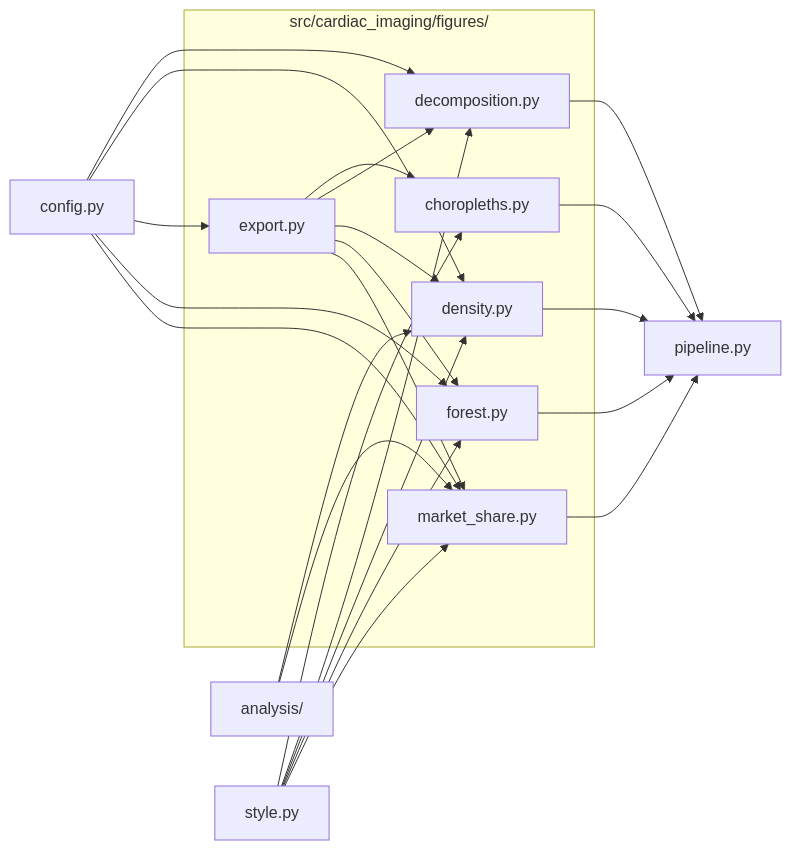
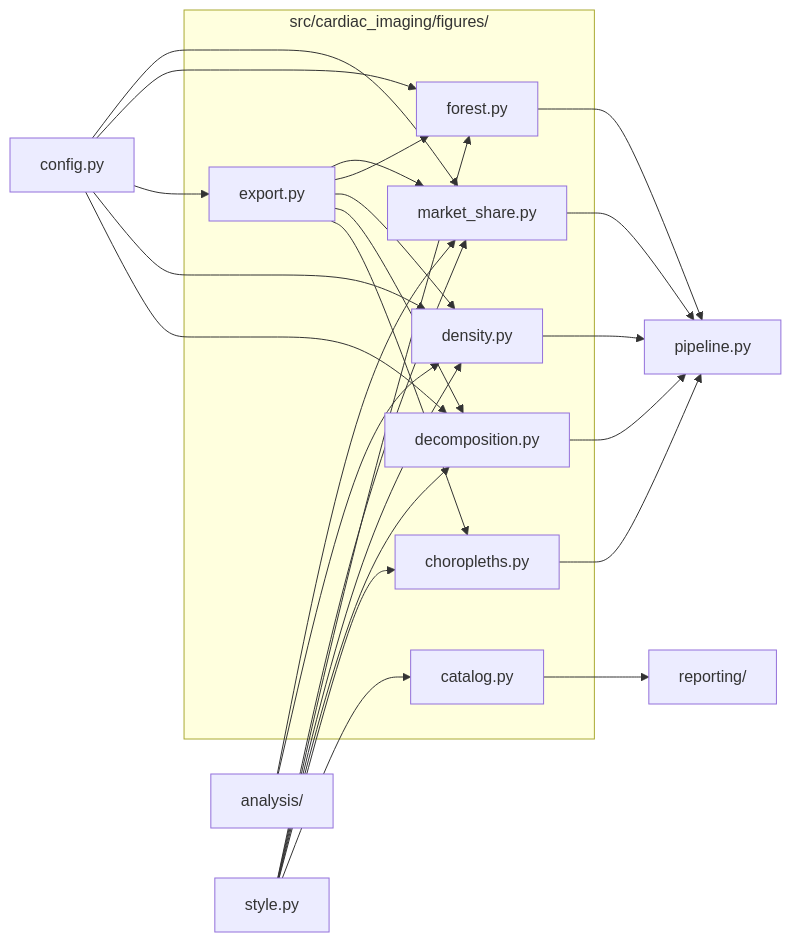
One commit to drsanjna/cardiac-imaging-medicare changed the diagram in src/cardiac_imaging/figures/README.md. Above: the diagram before and after it, drawn with Mermaid. The commit also changed other lines of this file and 23 other files, not shown here.

First line of the commit message:
Save each pipeline run to its own folder with a chart gallery and run index

````diff
--- a/src/cardiac_imaging/figures/README.md
+++ b/src/cardiac_imaging/figures/README.md
@@ -11,37 +11,41 @@
 ```mermaid
 flowchart LR
   subgraph here["src/cardiac_imaging/figures/"]
+    n_catalog_py["catalog.py"]
     n_choropleths_py["choropleths.py"]
     n_decomposition_py["decomposition.py"]
     n_density_py["density.py"]
     n_export_py["export.py"]
     n_forest_py["forest.py"]
     n_market_share_py["market_share.py"]
   end
   n_analysis_["analysis/"]
   n_config_py["config.py"]
   n_pipeline_py["pipeline.py"]
+  n_reporting_["reporting/"]
   n_style_py["style.py"]
   n_analysis_ --> n_density_py
   n_analysis_ --> n_market_share_py
+  n_catalog_py --> n_reporting_
   n_choropleths_py --> n_pipeline_py
   n_config_py --> n_decomposition_py
   n_config_py --> n_density_py
   n_config_py --> n_export_py
   n_config_py --> n_forest_py
   n_config_py --> n_market_share_py
   n_decomposition_py --> n_pipeline_py
   n_density_py --> n_pipeline_py
   n_export_py --> n_choropleths_py
   n_export_py --> n_decomposition_py
   n_export_py --> n_density_py
   n_export_py --> n_forest_py
   n_export_py --> n_market_share_py
   n_forest_py --> n_pipeline_py
   n_market_share_py --> n_pipeline_py
+  n_style_py --> n_catalog_py
   n_style_py --> n_choropleths_py
   n_style_py --> n_decomposition_py
   n_style_py --> n_density_py
   n_style_py --> n_forest_py
   n_style_py --> n_market_share_py
 ```
````
